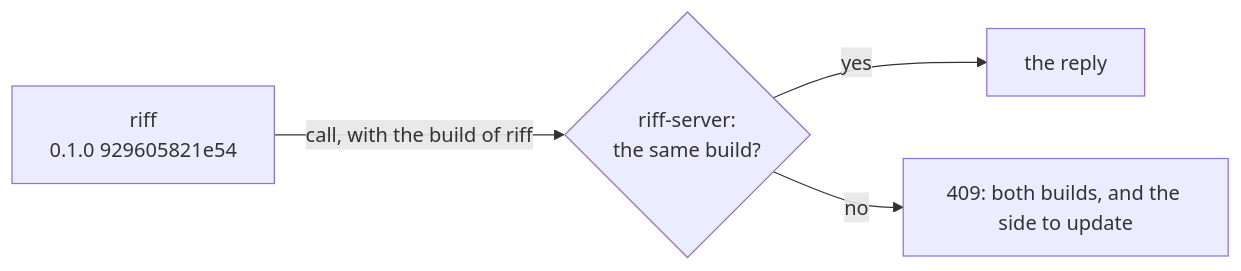
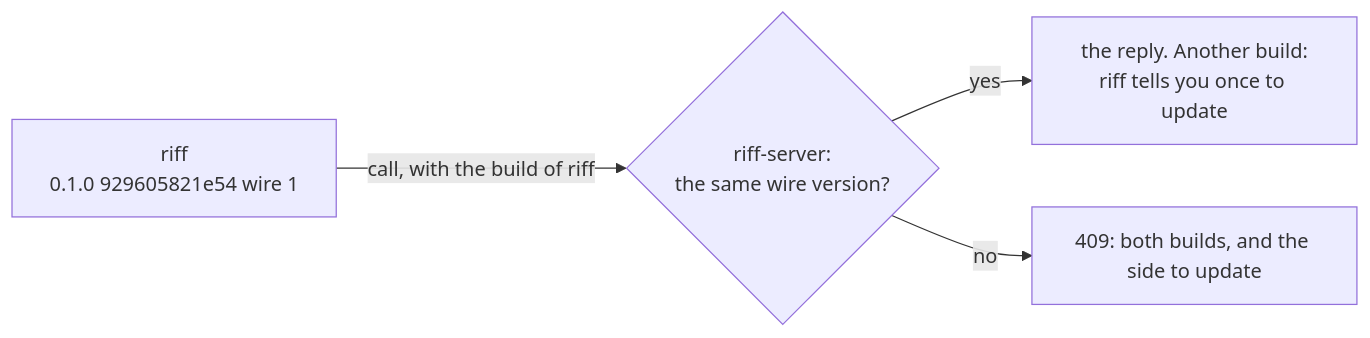
One commit to como-technologies/riff changed the fourth of 28 diagrams in docs/src/how-it-works.md. Above: the diagram before and after it, drawn with Mermaid. The commit also changed other lines of this file and 21 other files, not shown here.

First line of the commit message:
Match on a wire version, not the build; wait on a mismatch (#168)

````diff
--- a/docs/src/how-it-works.md
+++ b/docs/src/how-it-works.md
@@ -124,6 +124,6 @@
 ```mermaid
 flowchart LR
-    R["riff<br/>0.1.0 929605821e54"] -- "call, with the build of riff" --> S{"riff-server:<br/>the same build?"}
-    S -- yes --> OK[the reply]
+    R["riff<br/>0.1.0 929605821e54 wire 1"] -- "call, with the build of riff" --> S{"riff-server:<br/>the same wire version?"}
+    S -- yes --> OK["the reply. Another build:<br/>riff tells you once to update"]
     S -- no --> E["409: both builds, and the side to update"]
 ```
````
